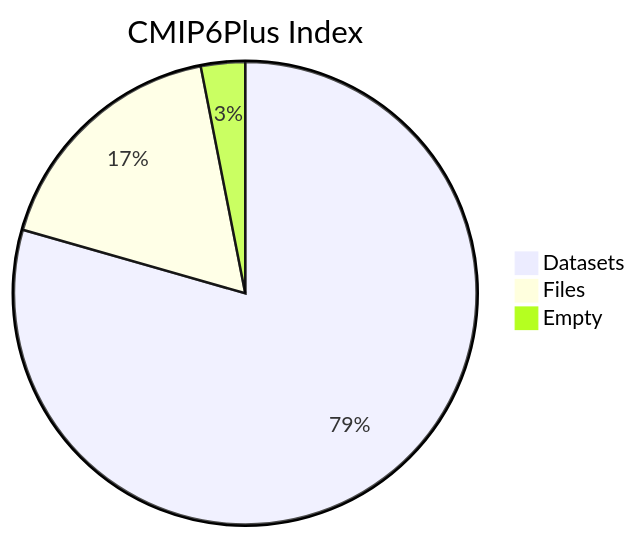
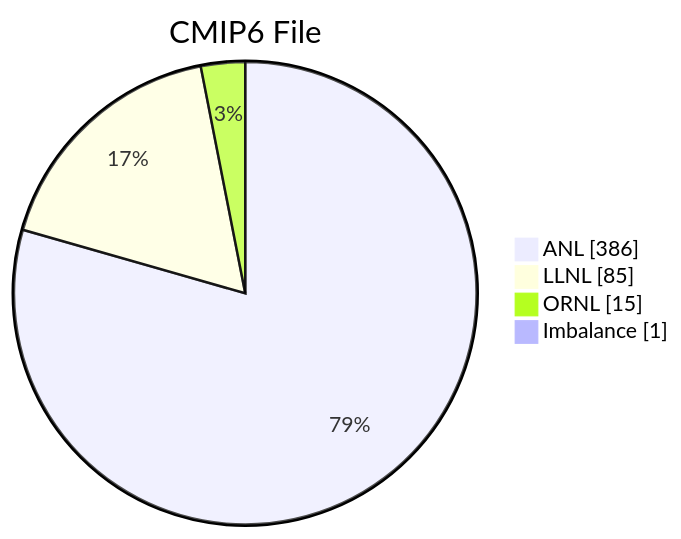
One commit to minxu74/metadata_docs changed the sixth of 6 diagrams in docs/chart1.md. Above: the diagram before and after it, drawn with Mermaid. The commit also changed other lines of this file and 4 other files, not shown here.

````diff
--- a/docs/chart1.md
+++ b/docs/chart1.md
@@ -23,6 +57,7 @@
-``` mermaid
-pie title CMIP6Plus Index
-    "Datasets" : 386
-    "Files" : 85
-    "Empty" : 15
-```
+    ```mermaid
+    pie showData title CMIP6 File
+        "ANL" : 386
+        "LLNL" : 85
+        "ORNL" : 15
+        "Imbalance" : 1
+    ```
````
